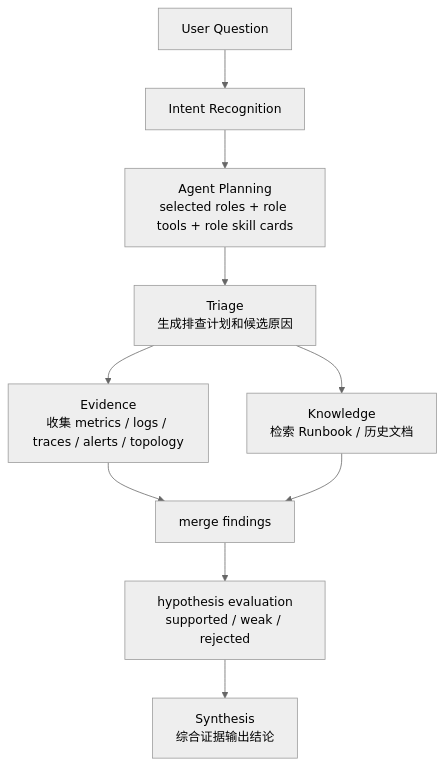
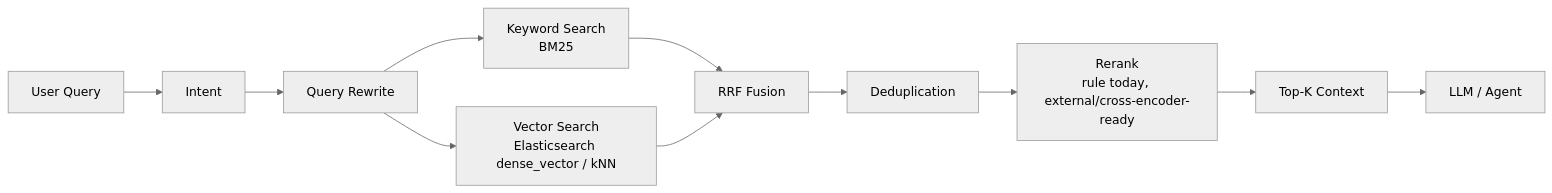
One commit to jiawei-wang-dev/WatchOps-Lite changed the fifth of 9 diagrams in README.md. Above: the diagram before and after it, drawn with Mermaid (neutral theme). The commit also changed other lines of this file and 16 other files, not shown here.

````diff
--- a/README.md
+++ b/README.md
@@ -228,14 +188,13 @@
 ```mermaid
-flowchart TB
-    Q["User Question"] --> I["Intent Recognition"]
-    I --> PLAN["Agent Planning\nselected roles + role tools + role skill cards"]
-
-    PLAN --> TRI["Triage\n生成排查计划和候选原因"]
-    TRI --> EV["Evidence\n收集 metrics / logs / traces / alerts / topology"]
-    TRI --> KN["Knowledge\n检索 Runbook / 历史文档"]
-
-    EV --> MERGE["merge findings"]
-    KN --> MERGE
-    MERGE --> H["hypothesis evaluation\nsupported / weak / rejected"]
-    H --> SYN["Synthesis\n综合证据输出结论"]
+flowchart LR
+    Q["User Query"] --> I["Intent"]
+    I --> RW["Query Rewrite"]
+    RW --> BM25["Keyword Search\nBM25"]
+    RW --> VEC["Vector Search\nElasticsearch dense_vector / kNN"]
+    BM25 --> FUSE["RRF Fusion"]
+    VEC --> FUSE
+    FUSE --> DEDUPE["Deduplication"]
+    DEDUPE --> RR["Rerank\nrule today, external/cross-encoder-ready"]
+    RR --> TOPK["Top-K Context"]
+    TOPK --> LLM["LLM / Agent"]
 ```
````
